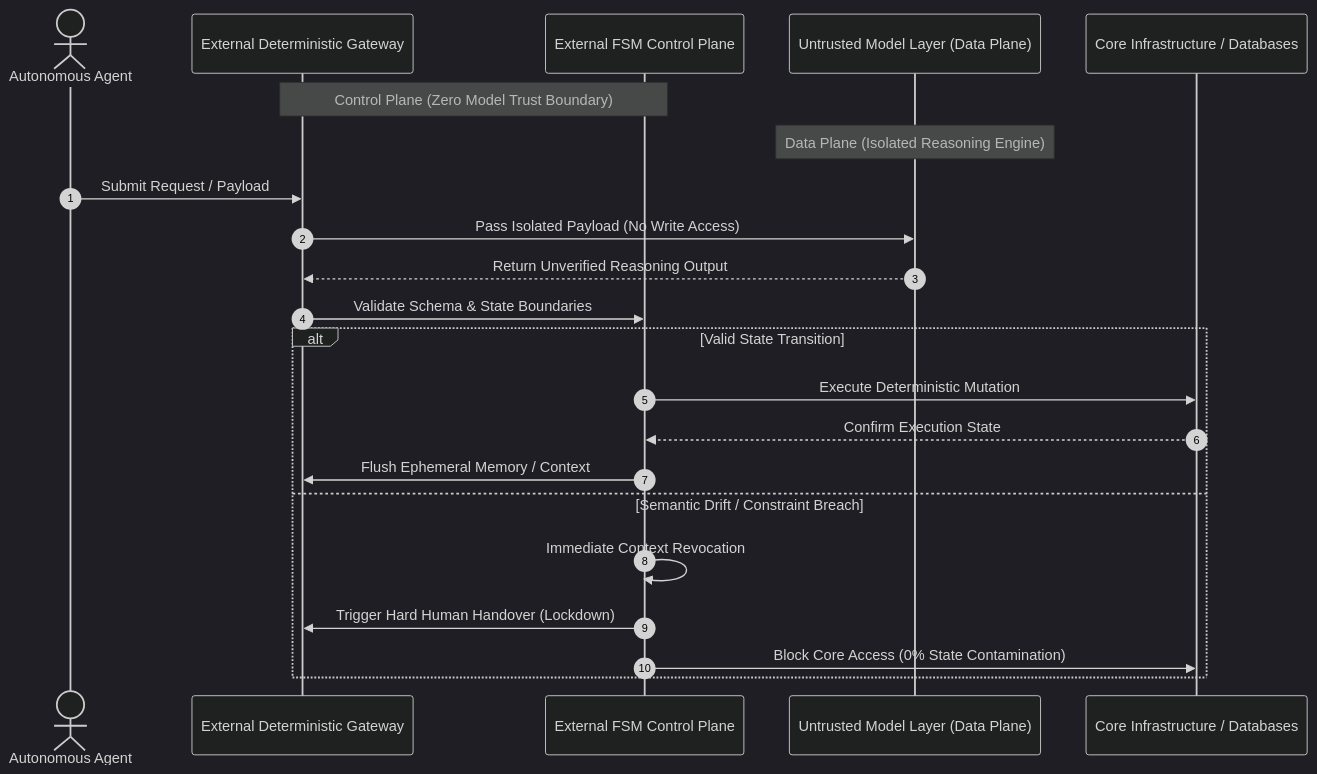
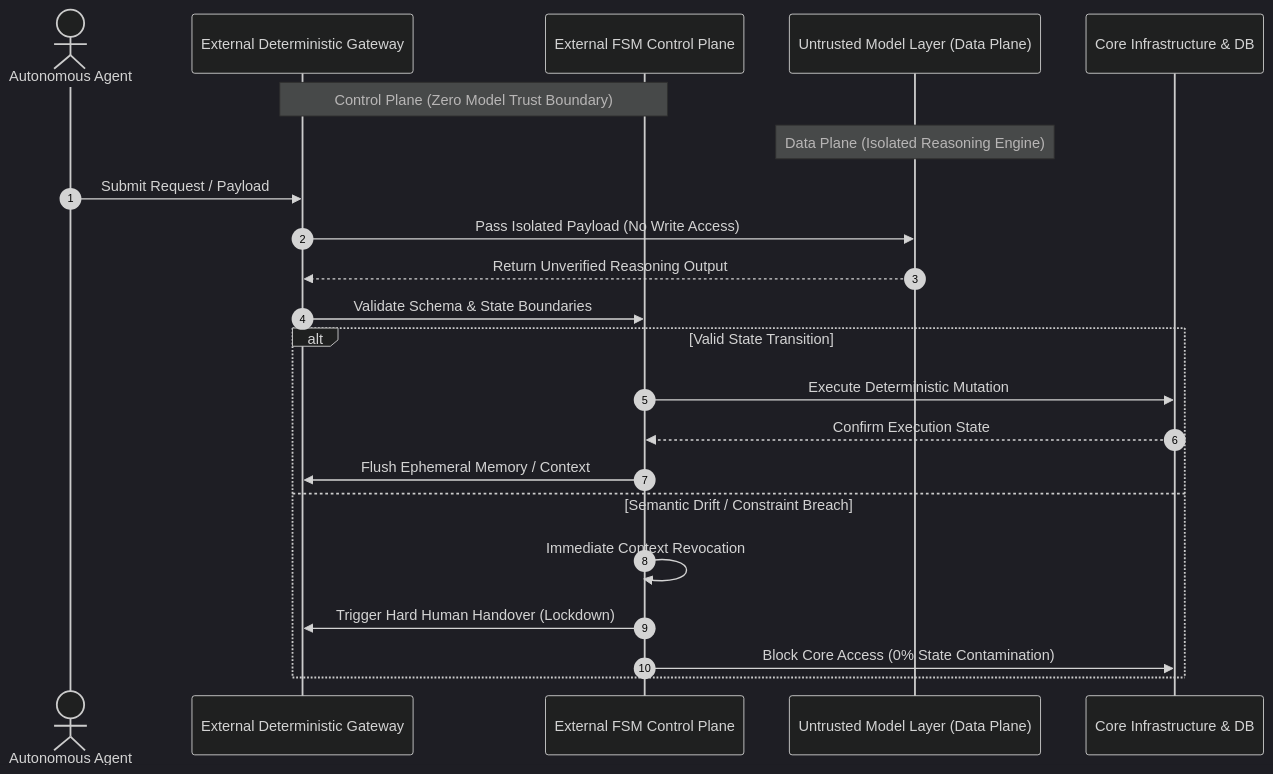
One commit to 26200602/SIA-Agentic-AI-Architecture changed the second of 2 diagrams in docs/06-the-illusion-of-ai-guardrails-zero-model-trust.md. Above: the diagram before and after it, drawn with Mermaid (dark theme). The commit also changed other lines of this file, not shown here.

````diff
--- a/docs/06-the-illusion-of-ai-guardrails-zero-model-trust.md
+++ b/docs/06-the-illusion-of-ai-guardrails-zero-model-trust.md
@@ -51,27 +66,27 @@
 ```mermaid
 sequenceDiagram
     autonumber
     actor Agent as Autonomous Agent
     participant Gateway as External Deterministic Gateway
     participant FSM as External FSM Control Plane
     participant LLM as Untrusted Model Layer (Data Plane)
-    participant Core as Core Infrastructure / Databases
+    participant Core as Core Infrastructure & DB
 
     Note over Gateway,FSM: Control Plane (Zero Model Trust Boundary)
     Note over LLM: Data Plane (Isolated Reasoning Engine)
 
     Agent->>Gateway: Submit Request / Payload
     Gateway->>LLM: Pass Isolated Payload (No Write Access)
     LLM-->>Gateway: Return Unverified Reasoning Output
     
     Gateway->>FSM: Validate Schema & State Boundaries
     alt Valid State Transition
         FSM->>Core: Execute Deterministic Mutation
         Core-->>FSM: Confirm Execution State
         FSM->>Gateway: Flush Ephemeral Memory / Context
     else Semantic Drift / Constraint Breach
         FSM->>FSM: Immediate Context Revocation
         FSM->>Gateway: Trigger Hard Human Handover (Lockdown)
         FSM->>Core: Block Core Access (0% State Contamination)
     end
 ```
````
